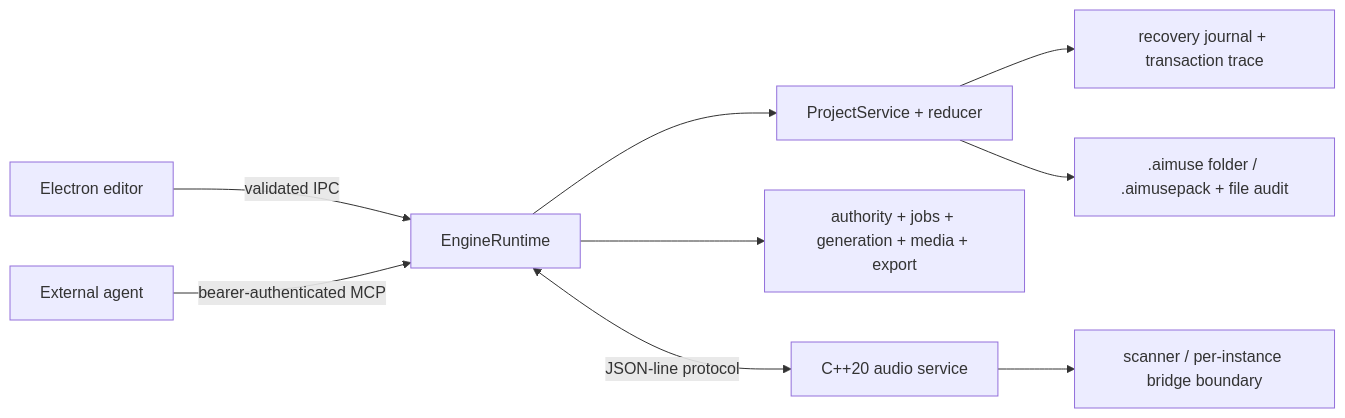
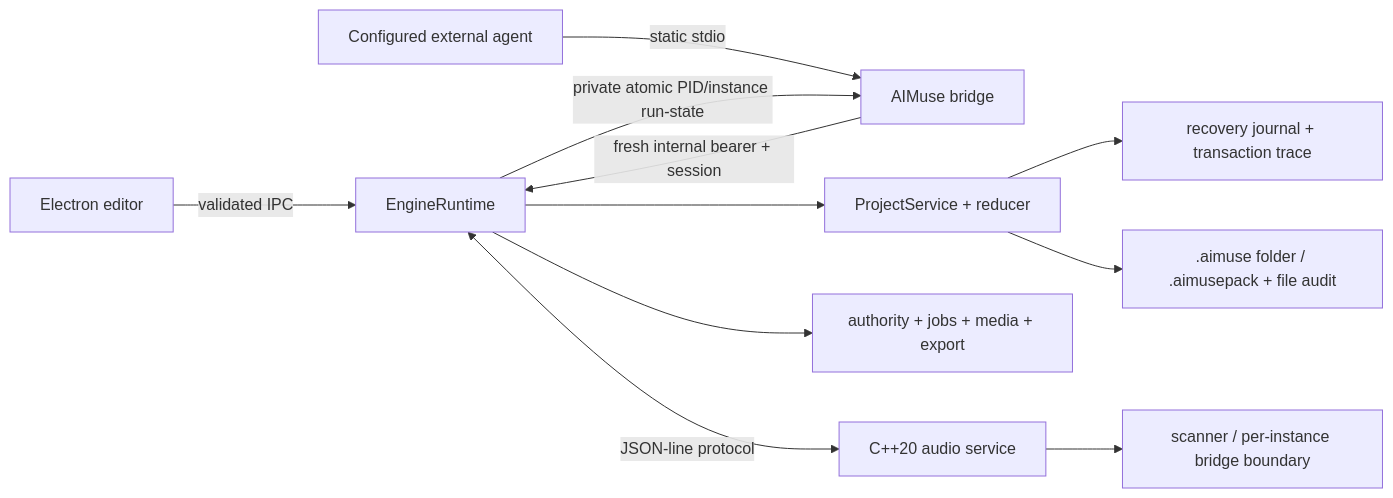
The diagram in docs/ARCHITECTURE.md (hokomili/AIMuse), drawn with Mermaid before and after one commit. The commit also changed other lines of this file and 85 other files, not shown here.

````diff
--- a/docs/ARCHITECTURE.md
+++ b/docs/ARCHITECTURE.md
@@ -7,11 +7,13 @@
 ```mermaid
 flowchart LR
   UI["Electron editor"] -->|"validated IPC"| R["EngineRuntime"]
-  Agent["External agent"] -->|"bearer-authenticated MCP"| R
+  Agent["Configured external agent"] -->|"static stdio"| MCPBridge["AIMuse bridge"]
+  MCPBridge -->|"fresh internal bearer + session"| R
+  R -->|"private atomic PID/instance run-state"| MCPBridge
   R --> State["ProjectService + reducer"]
   State --> Journal["recovery journal + transaction trace"]
   State --> Storage[".aimuse folder / .aimusepack + file audit"]
-  R --> Jobs["authority + jobs + generation + media + export"]
+  R --> Jobs["authority + jobs + media + export"]
   R <-->|"JSON-line protocol"| Native["C++20 audio service"]
   Native --> Bridge["scanner / per-instance bridge boundary"]
 ```
````
